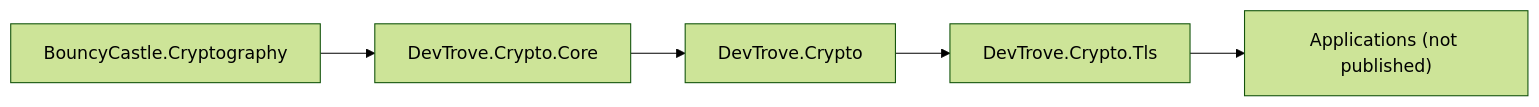
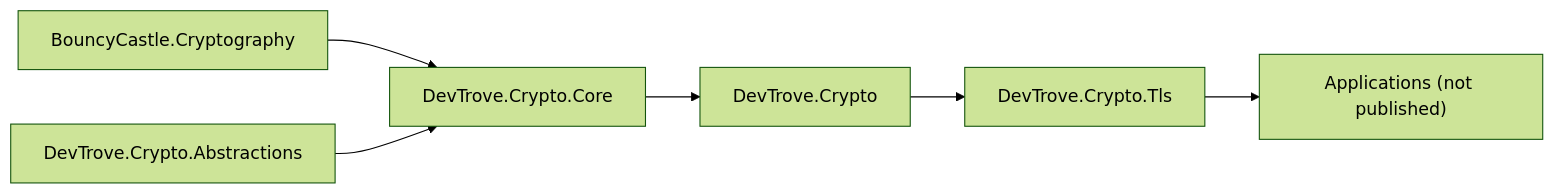
One commit to blue-cloud-net/DevTrove.Crypto changed the diagram in docs/architecture.md. Above: the diagram before and after it, drawn with Mermaid (forest theme). The commit also changed other lines of this file and 1 other file, not shown here.

Commit message:
docs(architecture): 引入 Abstractions 程序集与 4 TFM 策略

````diff
--- a/docs/architecture.md
+++ b/docs/architecture.md
@@ -69,7 +70,8 @@
 ```mermaid
 flowchart LR
     BC["BouncyCastle.Cryptography"] --> CORE["DevTrove.Crypto.Core"]
+    ABS["DevTrove.Crypto.Abstractions"] --> CORE
     CORE --> FACADE["DevTrove.Crypto"]
     FACADE --> TLS["DevTrove.Crypto.Tls"]
     TLS --> APP["Applications (not published)"]
 ```
````
